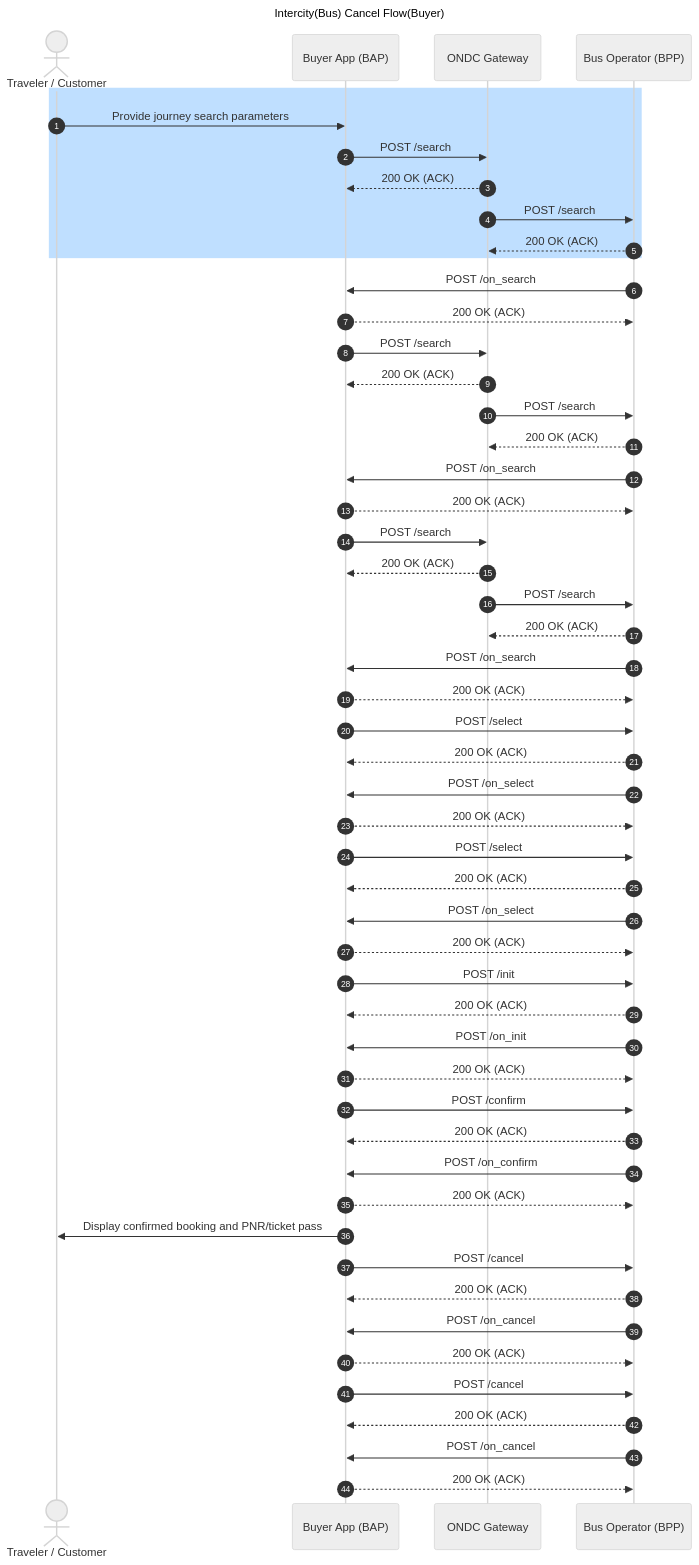
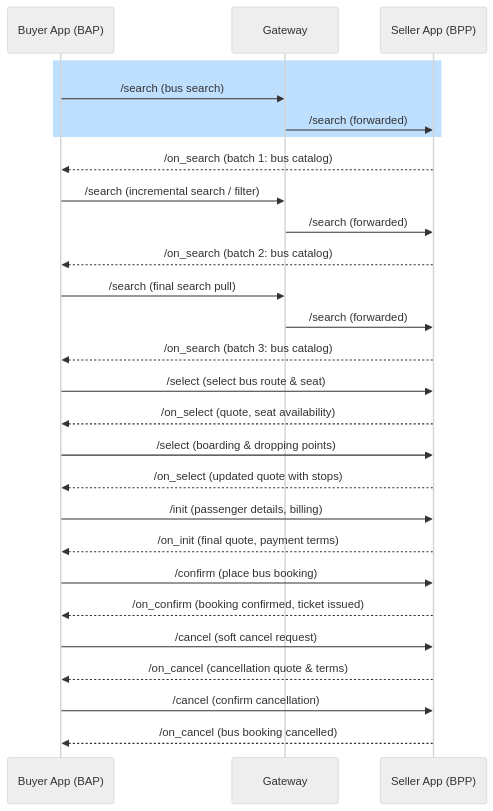
Before and after one commit to ONDC-Official/automation-specifications: the first of 18 diagrams in config/docs/intercity-bus-cancel-flow-buyer-sequence-diagrams.md, drawn with Mermaid (neutral theme). The commit also changed other lines of this file and 23 other files, not shown here.

````diff
--- a/config/docs/intercity-bus-cancel-flow-buyer-sequence-diagrams.md
+++ b/config/docs/intercity-bus-cancel-flow-buyer-sequence-diagrams.md
@@ -13,56 +12,29 @@
 ```mermaid
 sequenceDiagram
-    title Intercity(Bus) Cancel Flow(Buyer)
-    autonumber
-    actor User as Traveler / Customer
-    participant BAP as Buyer App (BAP)
-    participant BG as ONDC Gateway
-    participant BPP as Bus Operator (BPP)
-
-    rect rgb(191, 223, 255)
-    User->>BAP: Provide journey search parameters
-    BAP->>BG: POST /search
-    BG-->>BAP: 200 OK (ACK)
-    BG->>BPP: POST /search
-    BPP-->>BG: 200 OK (ACK)
-    end
-    BPP->>BAP: POST /on_search
-    BAP-->>BPP: 200 OK (ACK)
-    BAP->>BG: POST /search
-    BG-->>BAP: 200 OK (ACK)
-    BG->>BPP: POST /search
-    BPP-->>BG: 200 OK (ACK)
-    BPP->>BAP: POST /on_search
-    BAP-->>BPP: 200 OK (ACK)
-    BAP->>BG: POST /search
-    BG-->>BAP: 200 OK (ACK)
-    BG->>BPP: POST /search
-    BPP-->>BG: 200 OK (ACK)
-    BPP->>BAP: POST /on_search
-    BAP-->>BPP: 200 OK (ACK)
-    BAP->>BPP: POST /select
-    BPP-->>BAP: 200 OK (ACK)
-    BPP->>BAP: POST /on_select
-    BAP-->>BPP: 200 OK (ACK)
-    BAP->>BPP: POST /select
-    BPP-->>BAP: 200 OK (ACK)
-    BPP->>BAP: POST /on_select
-    BAP-->>BPP: 200 OK (ACK)
-    BAP->>BPP: POST /init
-    BPP-->>BAP: 200 OK (ACK)
-    BPP->>BAP: POST /on_init
-    BAP-->>BPP: 200 OK (ACK)
-    BAP->>BPP: POST /confirm
-    BPP-->>BAP: 200 OK (ACK)
-    BPP->>BAP: POST /on_confirm
-    BAP-->>BPP: 200 OK (ACK)
-    BAP->>User: Display confirmed booking and PNR/ticket pass
-    BAP->>BPP: POST /cancel
-    BPP-->>BAP: 200 OK (ACK)
-    BPP->>BAP: POST /on_cancel
-    BAP-->>BPP: 200 OK (ACK)
-    BAP->>BPP: POST /cancel
-    BPP-->>BAP: 200 OK (ACK)
-    BPP->>BAP: POST /on_cancel
-    BAP-->>BPP: 200 OK (ACK)
+  participant Buyer App (BAP)
+  participant Gateway
+  participant Seller App (BPP)
+  rect rgb(191, 223, 255)
+  Buyer App (BAP)->>Gateway: /search (bus search)
+  Gateway->>Seller App (BPP): /search (forwarded)
+  end
+  Seller App (BPP)-->>Buyer App (BAP): /on_search (batch 1: bus catalog)
+  Buyer App (BAP)->>Gateway: /search (incremental search / filter)
+  Gateway->>Seller App (BPP): /search (forwarded)
+  Seller App (BPP)-->>Buyer App (BAP): /on_search (batch 2: bus catalog)
+  Buyer App (BAP)->>Gateway: /search (final search pull)
+  Gateway->>Seller App (BPP): /search (forwarded)
+  Seller App (BPP)-->>Buyer App (BAP): /on_search (batch 3: bus catalog)
+  Buyer App (BAP)->>Seller App (BPP): /select (select bus route & seat)
+  Seller App (BPP)-->>Buyer App (BAP): /on_select (quote, seat availability)
+  Buyer App (BAP)->>Seller App (BPP): /select (boarding & dropping points)
+  Seller App (BPP)-->>Buyer App (BAP): /on_select (updated quote with stops)
+  Buyer App (BAP)->>Seller App (BPP): /init (passenger details, billing)
+  Seller App (BPP)-->>Buyer App (BAP): /on_init (final quote, payment terms)
+  Buyer App (BAP)->>Seller App (BPP): /confirm (place bus booking)
+  Seller App (BPP)-->>Buyer App (BAP): /on_confirm (booking confirmed, ticket issued)
+  Buyer App (BAP)->>Seller App (BPP): /cancel (soft cancel request)
+  Seller App (BPP)-->>Buyer App (BAP): /on_cancel (cancellation quote & terms)
+  Buyer App (BAP)->>Seller App (BPP): /cancel (confirm cancellation)
+  Seller App (BPP)-->>Buyer App (BAP): /on_cancel (bus booking cancelled)
 ```
````
